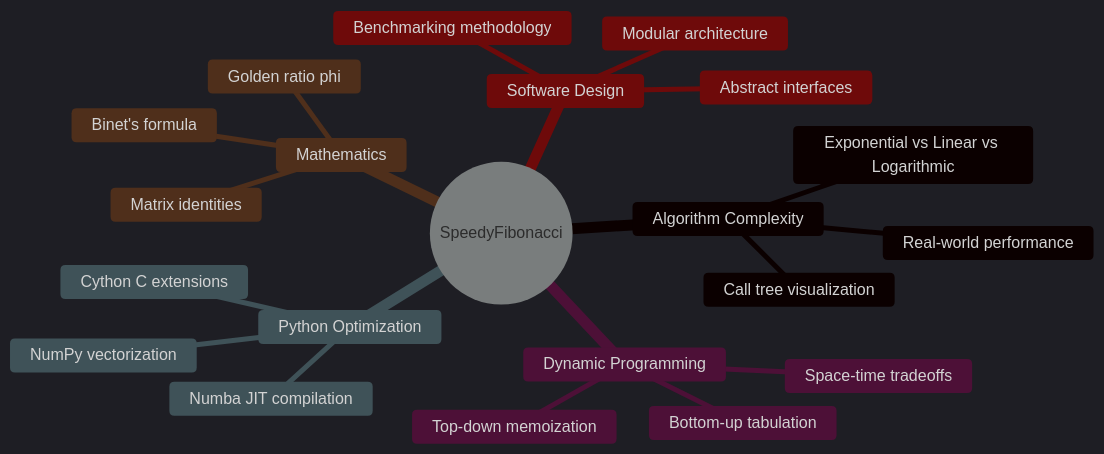
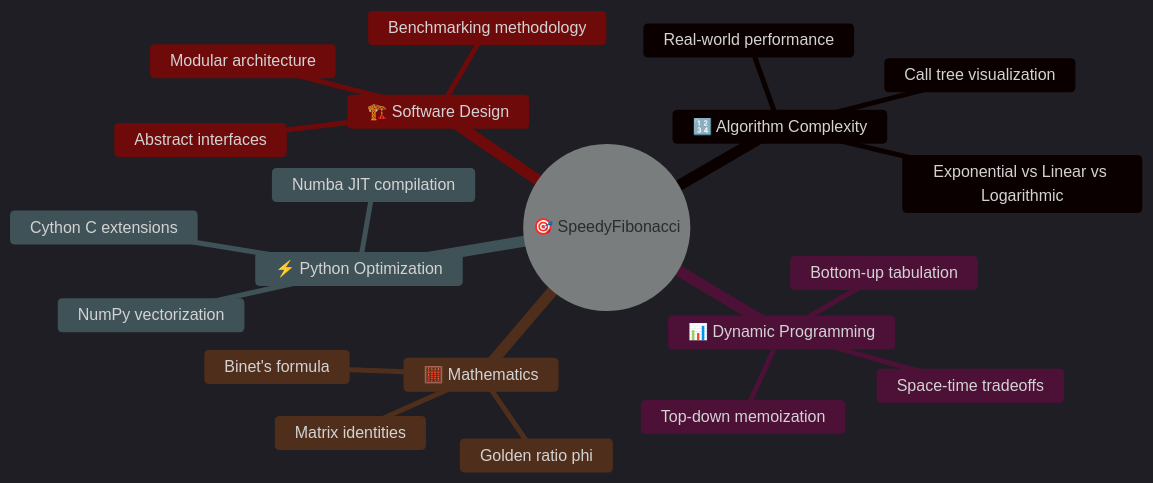
The third of 4 diagrams in README.md (Stiven-Gjekaj/SpeedyFibonacci), drawn with Mermaid before and after one commit.

Commit message:
Mermaind Mindmap DarkMode Upd

````diff
--- a/README.md
+++ b/README.md
@@ -264,25 +264,25 @@
 ```mermaid
-%%{init: {'theme': 'dark', 'themeVariables': {'primaryColor': '#2d1b69', 'primaryTextColor': '#e6e8ef', 'primaryBorderColor': '#7c3aed', 'lineColor': '#7c3aed', 'secondBkgColor': '#111217', 'tertiaryColor': '#1a1a2e'}}}%%
+%%{init: {'theme': 'dark', 'themeVariables': {'primaryColor': '#2d1b69', 'primaryTextColor': '#e6e8ef', 'primaryBorderColor': '#7c3aed', 'lineColor': '#7c3aed', 'secondBkgColor': '#111217', 'tertiaryColor': '#1a1a2e', 'noteBkgColor': '#111217', 'noteBorderColor': '#7c3aed', 'noteTextColor': '#e6e8ef', 'fontFamily': 'Inter, sans-serif'}}}%%
 mindmap
-  root((SpeedyFibonacci))
-    Algorithm Complexity
+  root((🎯 SpeedyFibonacci))
+    🔢 Algorithm Complexity
       Exponential vs Linear vs Logarithmic
       Real-world performance
       Call tree visualization
-    Dynamic Programming
+    📊 Dynamic Programming
       Top-down memoization
       Bottom-up tabulation
       Space-time tradeoffs
-    Python Optimization
+    ⚡ Python Optimization
       NumPy vectorization
       Numba JIT compilation
       Cython C extensions
-    Mathematics
+    🧮 Mathematics
       Golden ratio phi
       Matrix identities
       Binet's formula
-    Software Design
+    🏗️ Software Design
       Abstract interfaces
       Modular architecture
       Benchmarking methodology
 ```
````
